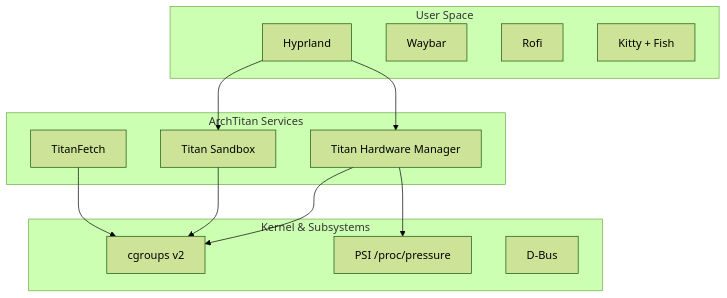
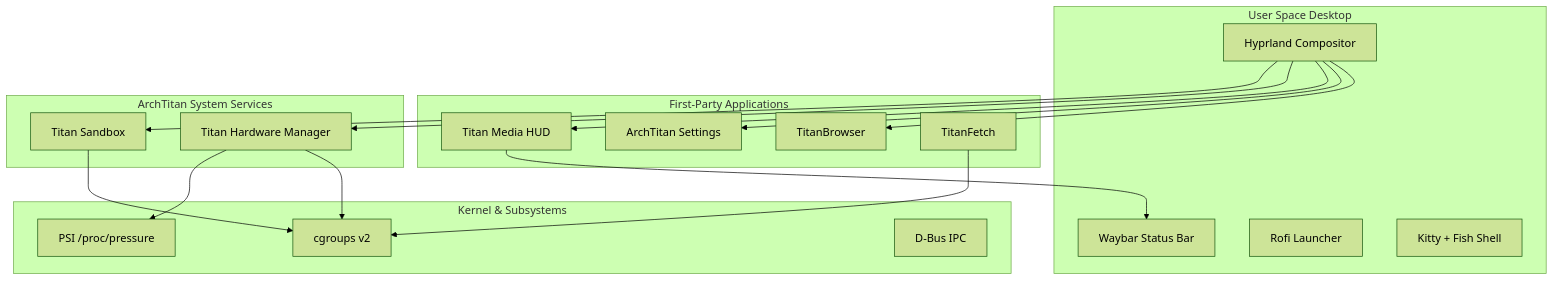
Before and after one commit to GitGuru29/archtitan-os: the diagram in wiki/Home.md, drawn with Mermaid (forest theme). The commit also changed other lines of this file and 13 other files, not shown here.

Commit message:
docs(wiki): update wiki documentation with latest components and architectural details

````diff
--- a/wiki/Home.md
+++ b/wiki/Home.md
@@ -45,28 +49,38 @@
 ```mermaid
 graph TB
-    subgraph User["User Space"]
-        H[Hyprland]
-        W[Waybar]
-        R[Rofi]
-        K[Kitty + Fish]
+    subgraph User["User Space Desktop"]
+        H[Hyprland Compositor]
+        W[Waybar Status Bar]
+        R[Rofi Launcher]
+        K[Kitty + Fish Shell]
     end
 
-    subgraph ArchTitan["ArchTitan Services"]
+    subgraph Apps["First-Party Applications"]
+        TB[TitanBrowser]
+        TS_GUI[ArchTitan Settings]
+        HUD[Titan Media HUD]
+        TF[TitanFetch]
+    end
+
+    subgraph ArchTitan["ArchTitan System Services"]
         THM[Titan Hardware Manager]
         TS[Titan Sandbox]
-        TF[TitanFetch]
     end
 
     subgraph Kernel["Kernel & Subsystems"]
         CG[cgroups v2]
         PSI[PSI /proc/pressure]
-        DB[D-Bus]
+        DB[D-Bus IPC]
     end
 
+    H --> TB
+    H --> TS_GUI
+    H --> HUD
     H --> THM
     H --> TS
+    HUD --> W
     THM --> CG
     THM --> PSI
     TS --> CG
     TF --> CG
 ```
````
